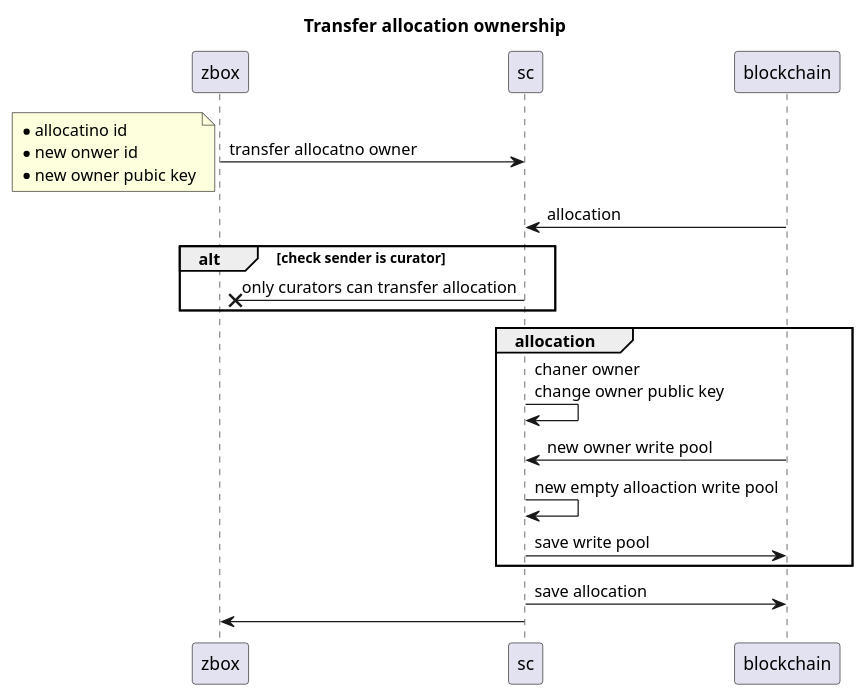
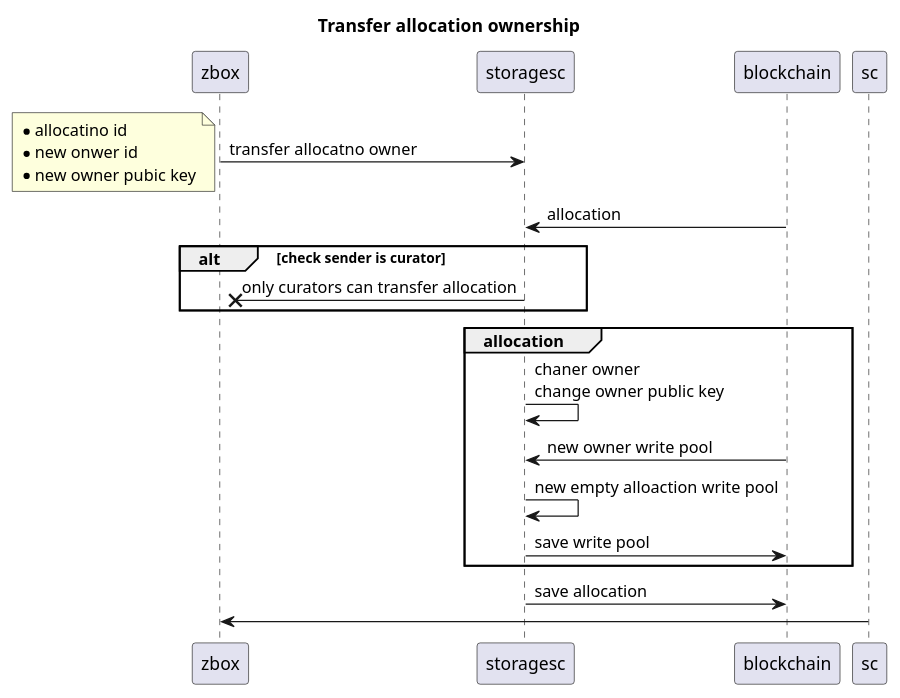
Diagram 18 of 32 in documents/uml.md (0chain/zboxcli), drawn with PlantUML before and after one commit. The commit also changed other lines of this file and 1 other file, not shown here.

````diff
--- a/documents/uml.md
+++ b/documents/uml.md
@@ -392,21 +392,21 @@
 ```puml
 title Transfer allocation ownership
-zbox -> sc : transfer allocatno owner
+zbox ->storagesc: transfer allocatno owner
 note left
     * allocatino id
     * new onwer id
     * new owner pubic key
 end note
-    blockchain -> sc : allocation
+    blockchain ->storagesc: allocation
     alt check sender is curator
-        sc ->x zbox : only curators can transfer allocation
+       storagesc->x zbox : only curators can transfer allocation
     end
     group allocation
-        sc -> sc : chaner owner\nchange owner public key
-        blockchain -> sc : new owner write pool
-        sc -> sc : new empty alloaction write pool
-        sc -> blockchain : save write pool
+       storagesc->storagesc: chaner owner\nchange owner public key
+        blockchain ->storagesc: new owner write pool
+       storagesc->storagesc: new empty alloaction write pool
+       storagesc-> blockchain : save write pool
     end 
-    sc -> blockchain : save allocation
+   storagesc-> blockchain : save allocation
 sc -> zbox     
 ``` 
````
